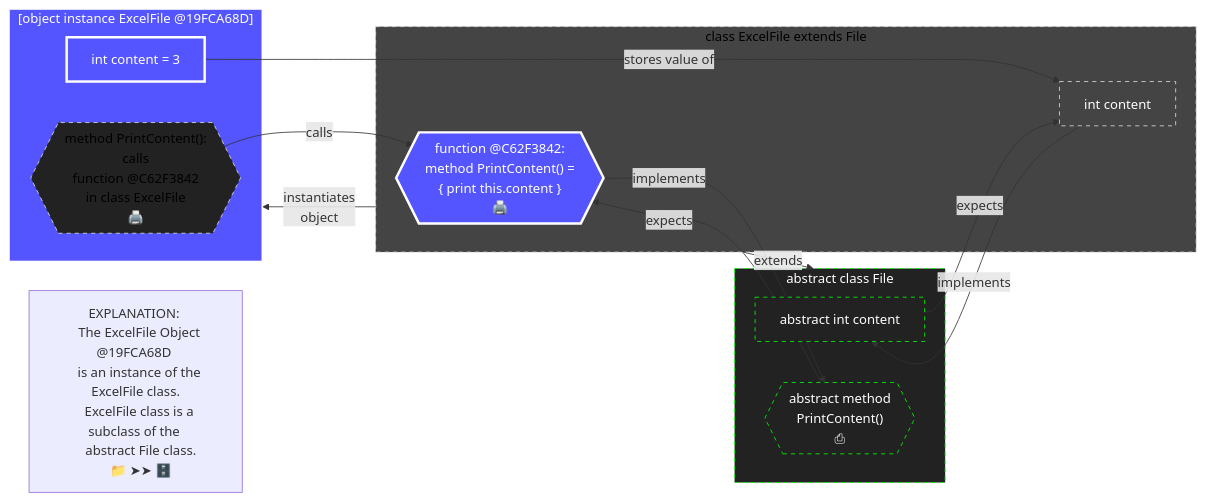
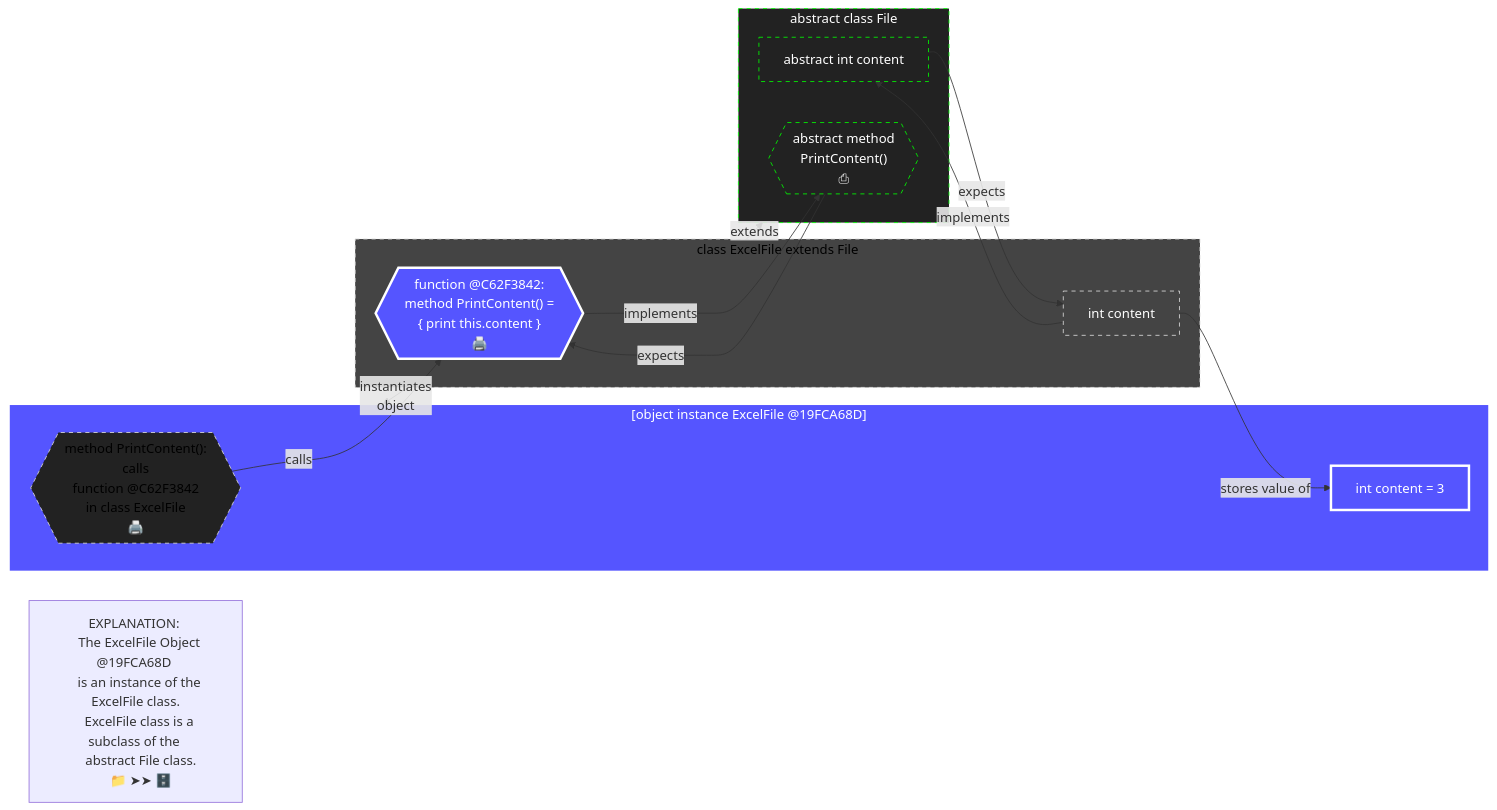
One commit to realityexpander/How_to_program_from_ground_up changed the fifth of 6 diagrams in 09-ClassOrientedProgramming.md. Above: the diagram before and after it, drawn with Mermaid. The commit also changed other lines of this file, not shown here.

Commit message:
improve cop

````diff
--- a/09-ClassOrientedProgramming.md
+++ b/09-ClassOrientedProgramming.md
@@ -629,58 +628,58 @@
-  ```mermaid
-    flowchart LR
-  
-    ExcelFileObjectPrintContentMethodFunctionPointer -- calls --> ExcelFileClassPrintContentMethod:::Object
-    ExcelFileObjectAgeInt -- stores value of --> ExcelFileClassAgeInt
-    subgraph ExcelFileObject["[object instance ExcelFile @19FCA68D]"]
-        ExcelFileObjectAgeInt["int content = 3"]
-        ExcelFileObjectPrintContentMethodFunctionPointer{{"method PrintContent(): 
-           calls 
-           function @C62F3842
-           in class ExcelFile
-           🖨️
-           "}}
-    end
-    subgraph classExcelFile["class ExcelFile extends File"]
-        ExcelFileClassAgeInt["int content"]
-        ExcelFileClassPrintContentMethod{{"function @C62F3842:  
-           method PrintContent() =
-           { print this.content }
-           🖨️
-           "}}
-    end
-    abstractAgeInt -- expects --> ExcelFileClassAgeInt
-    abstractPrintContentMethod -- expects --> ExcelFileClassPrintContentMethod:::Object
-    ExcelFileClassAgeInt -- implements --> abstractAgeInt:::Abstract
-  
-    note["
-       EXPLANATION: 
-       The ExcelFile Object @19FCA68D 
-       is an instance of the ExcelFile class.
-       ExcelFile class is a subclass of the 
-       abstract File class.
-       📁 ➤➤ 🗄️"]
-    
-    classExcelFile -- "instantiates 
-                       object" --> ExcelFileObject:::Object
-    classExcelFile -- extends --> abstractFile:::Abstract
-    ExcelFileClassPrintContentMethod -- implements --> abstractPrintContentMethod:::Abstract
-    subgraph abstractFile["abstract class File"]
-      abstractAgeInt["abstract int content"]
-      abstractPrintContentMethod{{"
-         abstract method 
-         PrintContent()
-         ⎙
-         "}}
-    end
-  
-    classDef Abstract fill:#222, stroke:#0F0, stroke-width:1px, color:#fff, stroke-dasharray: 5 5
-    
-    classDef Class fill:#444, stroke:#00F, stroke-width:1px, color:#000, stroke-dasharray: 5 5
-    %% For nodes that are the source of a link, the style must be defined in the link, not the classDef. 
-    style classExcelFile fill:#444, stroke:#DDD, stroke-width:1px, color:#000, stroke-dasharray: 5 5
-    style ExcelFileClassAgeInt fill:#444, stroke:#DDD, stroke-width:1px, color:#FFF, stroke-dasharray: 5 5
-    
-    classDef Object fill:#55F, stroke:#FFF, stroke-width:3px, color:#fff
-    style ExcelFileObjectAgeInt fill:#55F, stroke:#FFF, stroke-width:3px, color:#fff
-    style ExcelFileObjectPrintContentMethodFunctionPointer fill:#222, stroke:#DDD, stroke-width:1px, color:#000, stroke-dasharray: 5 5
-  ```
+   ```mermaid
+     flowchart LR
+   
+     ExcelFileObjectPrintContentMethodFunctionPointer -- calls --> ExcelFileClassPrintContentMethod:::Object
+     ExcelFileClassAgeInt -- stores value of --> ExcelFileObjectAgeInt 
+     subgraph ExcelFileObject["[object instance ExcelFile @19FCA68D]"]
+         ExcelFileObjectAgeInt["int content = 3"]
+         ExcelFileObjectPrintContentMethodFunctionPointer{{"method PrintContent(): 
+            calls 
+            function @C62F3842
+            in class ExcelFile
+            🖨️
+            "}}
+     end
+     subgraph classExcelFile["class ExcelFile extends File"]
+         ExcelFileClassAgeInt["int content"]
+         ExcelFileClassPrintContentMethod{{"function @C62F3842:  
+            method PrintContent() =
+            { print this.content }
+            🖨️
+            "}}
+     end
+     abstractAgeInt -- expects --> ExcelFileClassAgeInt
+     abstractPrintContentMethod -- expects --> ExcelFileClassPrintContentMethod:::Object
+     ExcelFileClassAgeInt -- implements --> abstractAgeInt:::Abstract
+   
+     note["
+        EXPLANATION: 
+        The ExcelFile Object @19FCA68D 
+        is an instance of the ExcelFile class.
+        ExcelFile class is a subclass of the 
+        abstract File class.
+        📁 ➤➤ 🗄️"]
+     
+     classExcelFile -- "instantiates 
+                        object" --> ExcelFileObject:::Object
+     classExcelFile -- extends ---> abstractFile:::Abstract
+     ExcelFileClassPrintContentMethod -- implements --> abstractPrintContentMethod:::Abstract
+     subgraph abstractFile["abstract class File"]
+       abstractAgeInt["abstract int content"]
+       abstractPrintContentMethod{{"
+          abstract method 
+          PrintContent()
+          ⎙
+          "}}
+     end
+   
+     classDef Abstract fill:#222, stroke:#0F0, stroke-width:1px, color:#fff, stroke-dasharray: 5 5
+     
+     classDef Class fill:#444, stroke:#00F, stroke-width:1px, color:#000, stroke-dasharray: 5 5
+     %% For nodes that are the source of a link, the style must be defined in the link, not the classDef. 
+     style classExcelFile fill:#444, stroke:#DDD, stroke-width:1px, color:#000, stroke-dasharray: 5 5
+     style ExcelFileClassAgeInt fill:#444, stroke:#DDD, stroke-width:1px, color:#FFF, stroke-dasharray: 5 5
+     
+     classDef Object fill:#55F, stroke:#FFF, stroke-width:3px, color:#fff
+     style ExcelFileObjectAgeInt fill:#55F, stroke:#FFF, stroke-width:3px, color:#fff
+     style ExcelFileObjectPrintContentMethodFunctionPointer fill:#222, stroke:#DDD, stroke-width:1px, color:#000, stroke-dasharray: 5 5
+   ```
````
